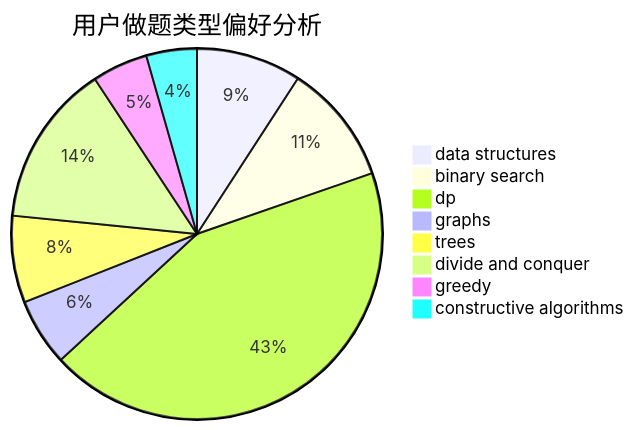
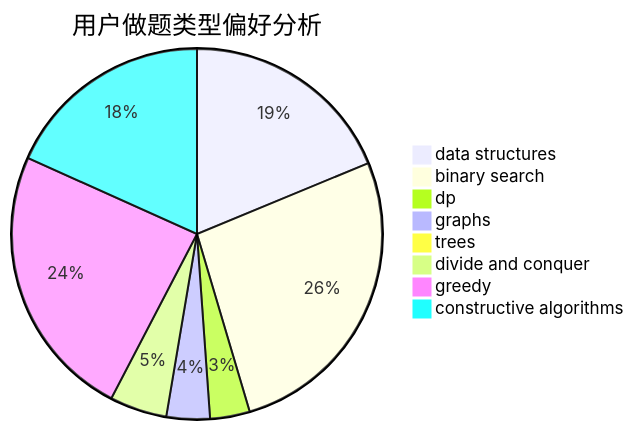
One commit to sherpahu/cfrs.github.io changed the second of 3 diagrams in docs/user/u539.md. Above: the diagram before and after it, drawn with Mermaid. The commit also changed other lines of this file and 2770 other files, not shown here.

````diff
--- a/docs/user/u539.md
+++ b/docs/user/u539.md
@@ -23,11 +23,11 @@
 ```mermaid
 pie title 用户做题类型偏好分析
-    "data structures" :  81
-    "binary search" :  93
-    "dp" :  384
-    "graphs" :  52
-    "trees" :  67
-    "divide and conquer" :  125
-    "greedy" :  43
-    "constructive algorithms" :  39
+    "data structures" :  233
+    "binary search" :  331
+    "dp" :  43
+    "graphs" :  47
+    "trees" :  11
+    "divide and conquer" :  62
+    "greedy" :  299
+    "constructive algorithms" :  227
 ```
````
